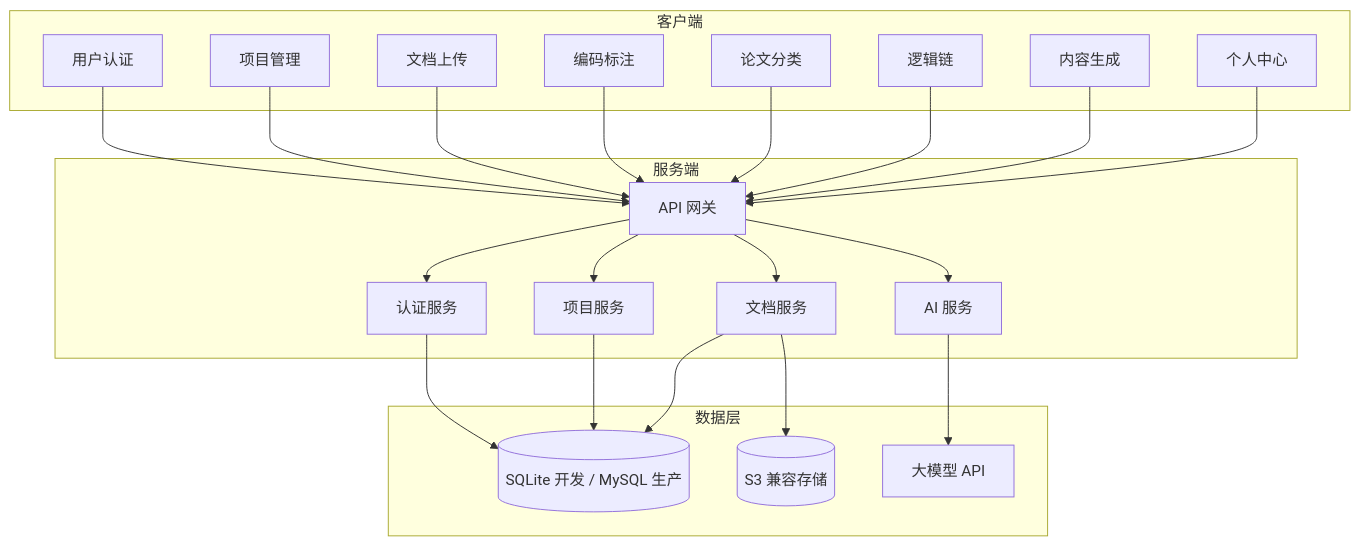
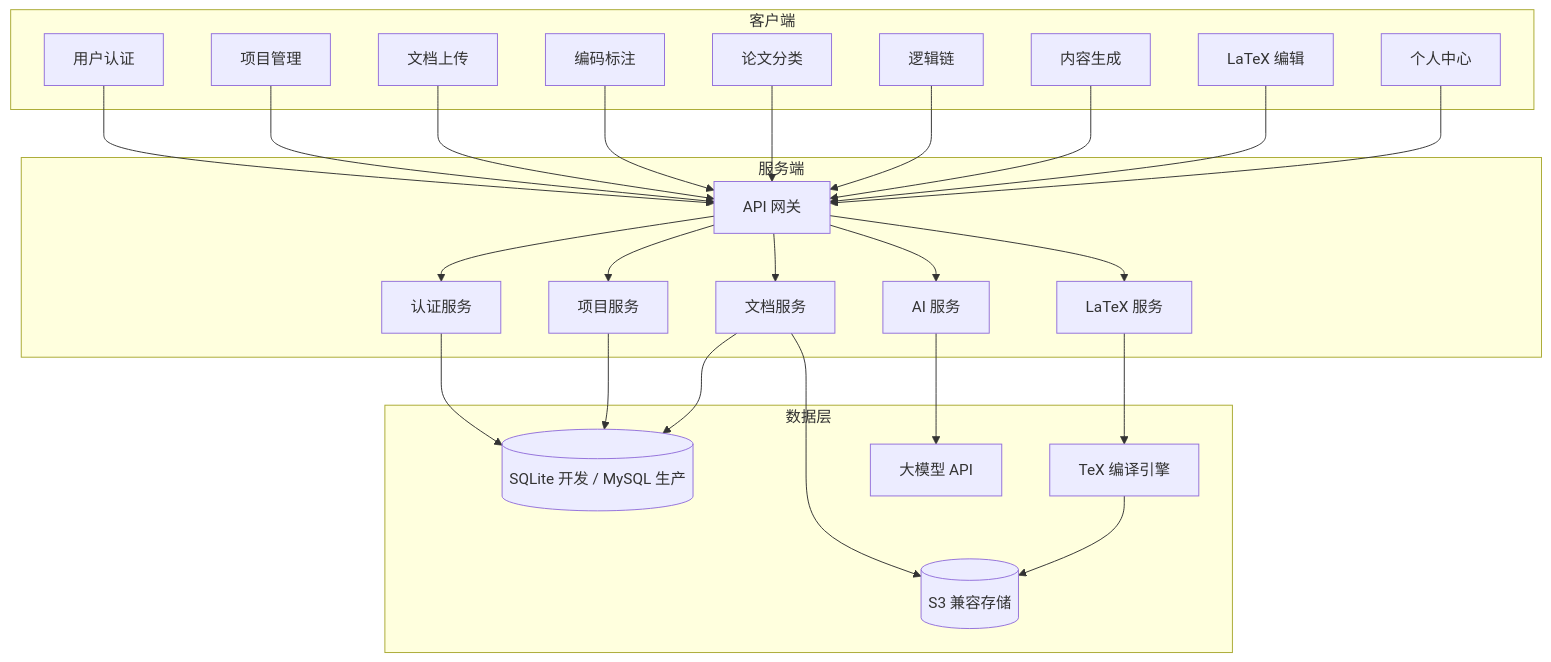
One commit to 0verL1nk/PaperSage-App changed the first of 6 diagrams in docs/project/02-requirements.md. Above: the diagram before and after it, drawn with Mermaid. The commit also changed other lines of this file and 37 other files, not shown here.

````diff
--- a/docs/project/02-requirements.md
+++ b/docs/project/02-requirements.md
@@ -9,47 +9,54 @@
 ```mermaid
 graph TB
     subgraph 客户端
         Auth[用户认证]
         Project[项目管理]
         Upload[文档上传]
         Code[编码标注]
         Classify[论文分类]
         Logic[逻辑链]
         Generate[内容生成]
+        Latex[LaTeX 编辑]
         Profile[个人中心]
     end
 
     subgraph 服务端
         API[API 网关]
         AuthS[认证服务]
         ProjS[项目服务]
         DocS[文档服务]
         AIS[AI 服务]
+        TexS[LaTeX 服务]
     end
 
     subgraph 数据层
         DB[(SQLite 开发 / MySQL 生产)]
         S3[(S3 兼容存储)]
         LLM[大模型 API]
+        Tex[TeX 编译引擎]
     end
 
     Auth --> API
     Project --> API
     Upload --> API
     Code --> API
     Classify --> API
     Logic --> API
     Generate --> API
+    Latex --> API
     Profile --> API
 
     API --> AuthS
     API --> ProjS
     API --> DocS
     API --> AIS
+    API --> TexS
 
     AuthS --> DB
     ProjS --> DB
     DocS --> DB
     DocS --> S3
     AIS --> LLM
+    TexS --> Tex
+    Tex --> S3
 ```
````
